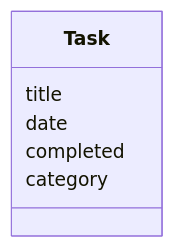
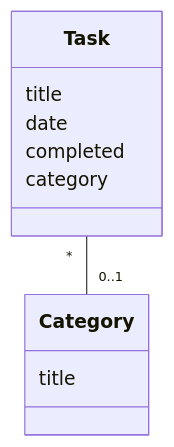
The first of 3 diagrams in dokumentaatio/arkkitehtuuri.md (eesalor/ot-harjoitustyo), drawn with Mermaid before and after one commit.

Commit message:
Add class diagram for Category class

````diff
--- a/dokumentaatio/arkkitehtuuri.md
+++ b/dokumentaatio/arkkitehtuuri.md
@@ -11,9 +12,13 @@
 ```mermaid
  classDiagram
+    Task "*" -- "0..1" Category
     class Task{
         title
         date
         completed
         category
     }
+    class Category{
+        title
+    }
 ```
````
